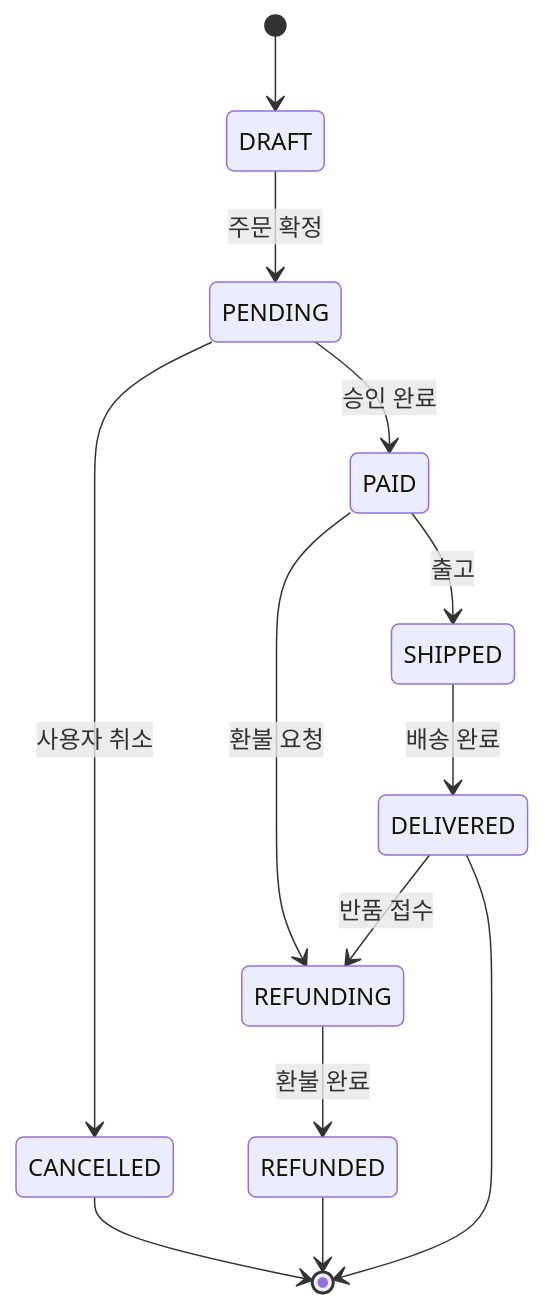
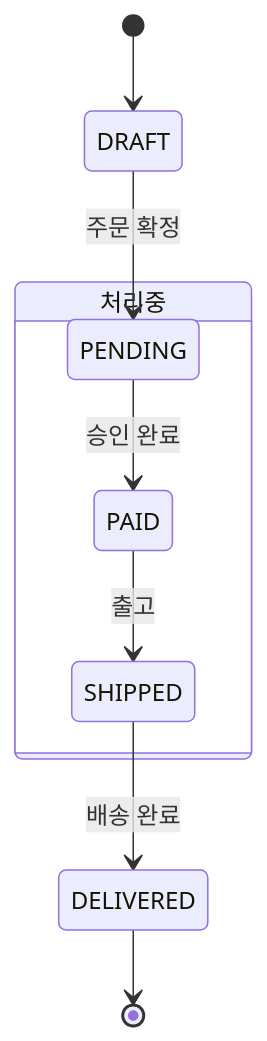
The third of 5 diagrams in docs/drafts/2026-09-fencesvg.md (1989v/msa), drawn with Mermaid before and after one commit. The commit also changed other lines of this file and 11 other files, not shown here.

````diff
--- a/docs/drafts/2026-09-fencesvg.md
+++ b/docs/drafts/2026-09-fencesvg.md
@@ -223,16 +226,12 @@
 ```mermaid
 %% caption: 주문 상태는 취소와 환불로 되돌아갈 수 있다
 stateDiagram-v2
   [*] --> DRAFT
   DRAFT --> PENDING: 주문 확정
-  PENDING --> PAID: 승인 완료
-  PENDING --> CANCELLED: 사용자 취소
-  PAID --> SHIPPED: 출고
-  PAID --> REFUNDING: 환불 요청
-  REFUNDING --> REFUNDED: 환불 완료
+  state 처리중 {
+    PENDING --> PAID: 승인 완료
+    PAID --> SHIPPED: 출고
+  }
   SHIPPED --> DELIVERED: 배송 완료
-  DELIVERED --> REFUNDING: 반품 접수
-  CANCELLED --> [*]
-  REFUNDED --> [*]
   DELIVERED --> [*]
 ```
````
